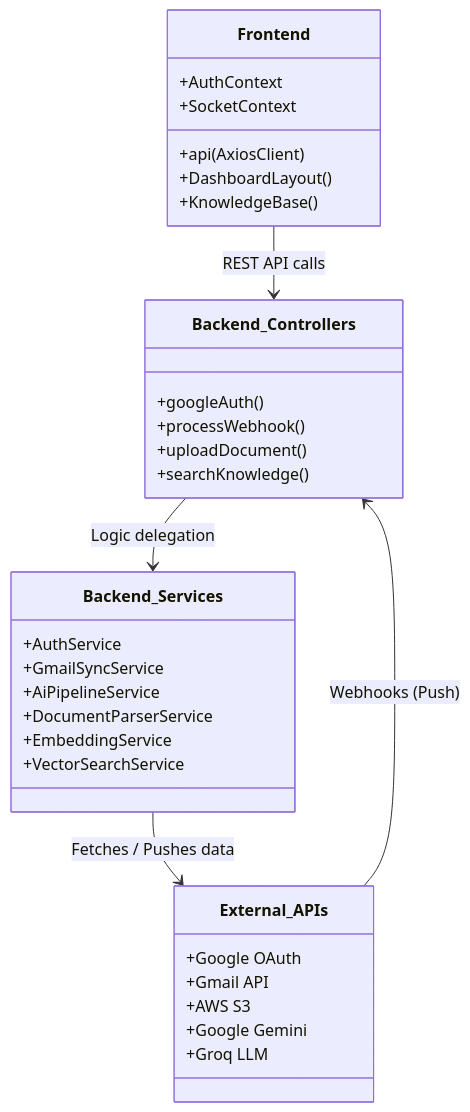
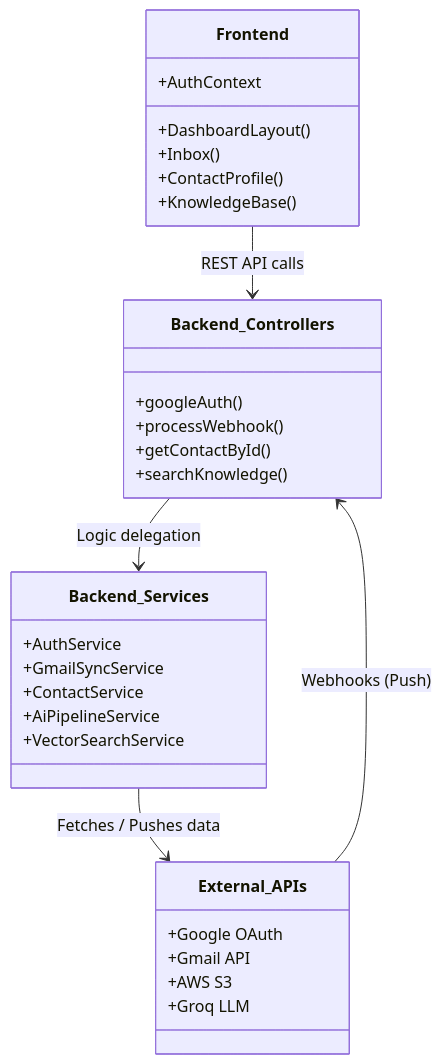
Before and after one commit to Lancerhawk/MailBot: the second of 5 diagrams in README.md, drawn with Mermaid. The commit also changed other lines of this file, not shown here.

Commit message:
docs: update README diagrams with detailed AI CRM flow and new Prisma schema

````diff
--- a/README.md
+++ b/README.md
@@ -91,35 +95,33 @@
 ```mermaid
 classDiagram
     class Frontend {
         +AuthContext
-        +SocketContext
-        +api (AxiosClient)
         +DashboardLayout()
+        +Inbox()
+        +ContactProfile()
         +KnowledgeBase()
     }
     class Backend_Controllers {
         +googleAuth()
         +processWebhook()
-        +uploadDocument()
+        +getContactById()
         +searchKnowledge()
     }
     class Backend_Services {
         +AuthService
         +GmailSyncService
+        +ContactService
         +AiPipelineService
-        +DocumentParserService
-        +EmbeddingService
         +VectorSearchService
     }
     class External_APIs {
         +Google OAuth
         +Gmail API
         +AWS S3
-        +Google Gemini
         +Groq LLM
     }
     Frontend --> Backend_Controllers : REST API calls
     Backend_Controllers --> Backend_Services : Logic delegation
     Backend_Services --> External_APIs : Fetches / Pushes data
     External_APIs --> Backend_Controllers : Webhooks (Push)
 ```
````
